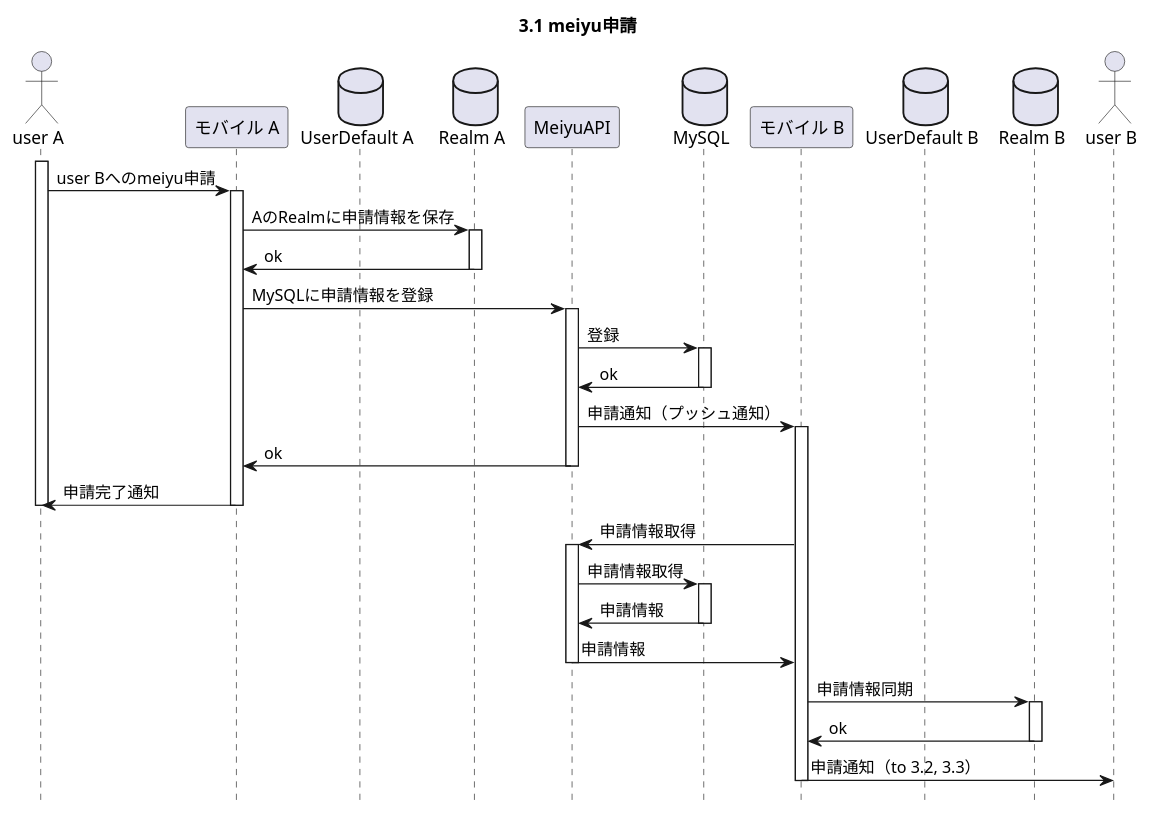
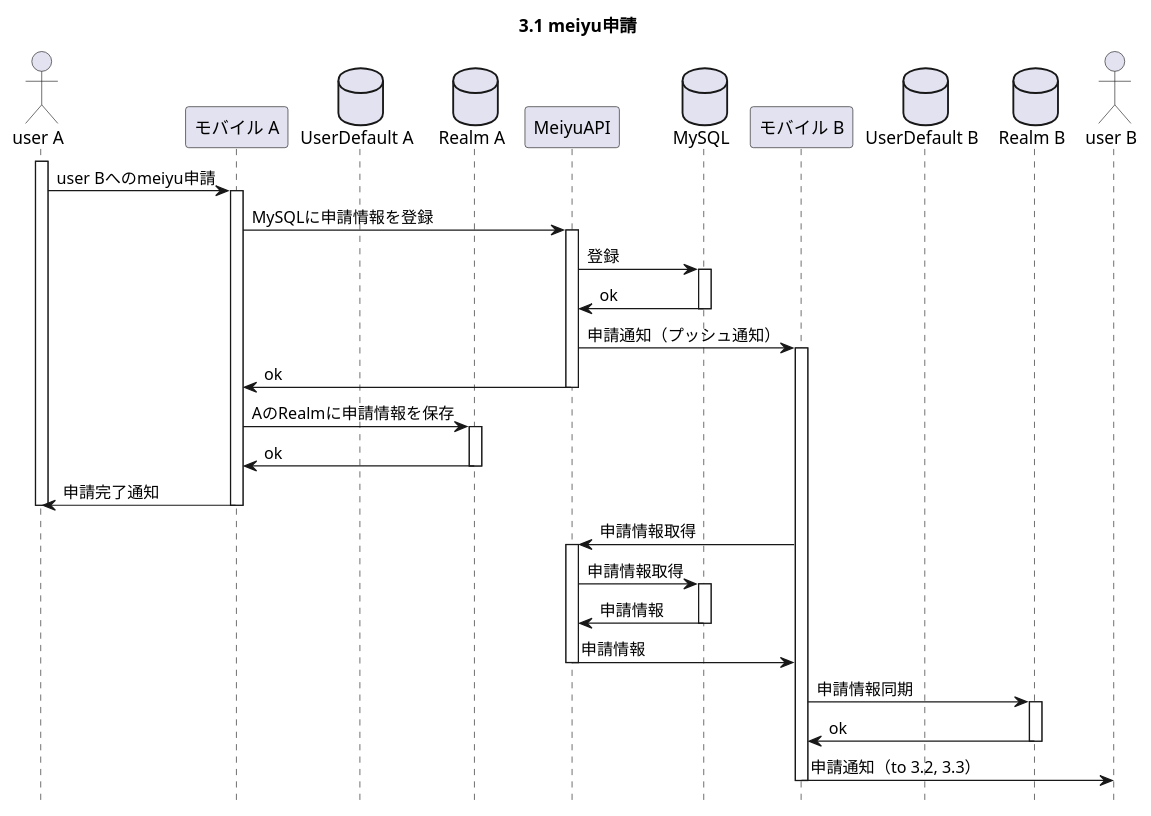
The diagram in 設計ドキュメント/シーケンス図/3_申請系/1_meiyu申請.puml (bobMurai/meiyu_api), drawn with PlantUML before and after one commit.

Commit message:
ローカルDBではなくリモートDBに先に登録

```diff
--- a/設計ドキュメント/シーケンス図/3_申請系/1_meiyu申請.puml
+++ b/設計ドキュメント/シーケンス図/3_申請系/1_meiyu申請.puml
@@ -1,69 +1,70 @@
 @startuml
 title 3.1 meiyu申請
 hide footbox
 
 actor "user A" as user_a
 participant "モバイル A" as mobile_a
 database "UserDefault A" as user_default_a
 database "Realm A" as realm_a
 participant "MeiyuAPI" as meiyu_api
 database "MySQL" as mysql
 participant "モバイル B" as mobile_b
 database "UserDefault B" as user_default_b
 database "Realm B" as realm_b
 actor "user B" as user_b
 
 
 activate user_a
 user_a -> mobile_a : user Bへのmeiyu申請
 
 activate mobile_a
-mobile_a -> realm_a : AのRealmに申請情報を保存
-
-activate realm_a
-realm_a -> mobile_a : ok
-deactivate realm_a
 
 mobile_a -> meiyu_api : MySQLに申請情報を登録
 
 activate meiyu_api
 meiyu_api -> mysql : 登録
 
 activate mysql
 mysql -> meiyu_api : ok
 deactivate mysql
 
 meiyu_api -> mobile_b : 申請通知（プッシュ通知）
 activate mobile_b
 
 meiyu_api -> mobile_a : ok
 
 deactivate meiyu_api
+
+mobile_a -> realm_a : AのRealmに申請情報を保存
+
+activate realm_a
+realm_a -> mobile_a : ok
+deactivate realm_a
 
 mobile_a -> user_a : 申請完了通知
 deactivate mobile_a
 deactivate user_a
 
 mobile_b -> meiyu_api : 申請情報取得
 
 activate meiyu_api
 meiyu_api -> mysql : 申請情報取得
 
 activate mysql
 mysql -> meiyu_api : 申請情報
 deactivate mysql
 
 meiyu_api -> mobile_b : 申請情報
 deactivate meiyu_api
 
 mobile_b -> realm_b : 申請情報同期
 
 activate realm_b
 realm_b -> mobile_b : ok
 deactivate realm_b
 
 mobile_b -> user_b : 申請通知（to 3.2, 3.3）
 deactivate mobile_b
 
 
 @enduml
```
